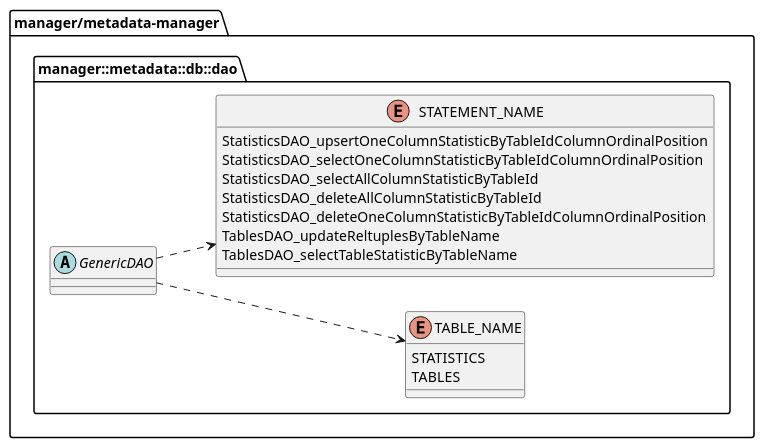
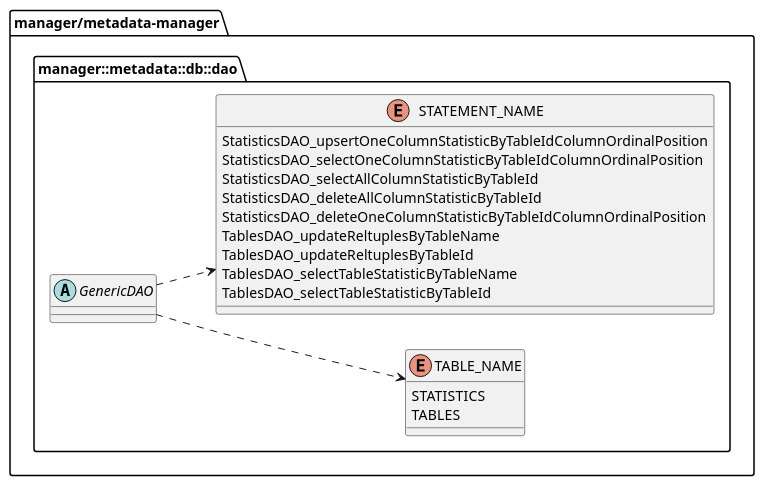
Before and after one commit to project-tsurugi/metadata-manager: the seventh of 7 diagrams in metadata-manager/docs/statistic/02.FD/uml/ClassDiagram_detail.pu, drawn with PlantUML. The commit also changed other lines of this file and 10 other files, not shown here.

```diff
--- a/metadata-manager/docs/statistic/02.FD/uml/ClassDiagram_detail.pu
+++ b/metadata-manager/docs/statistic/02.FD/uml/ClassDiagram_detail.pu
@@ -315,34 +321,36 @@
 @startuml ClassDiagram_detail_dao_enum
 left to right direction
 
 package "manager/metadata-manager" {
 
   package manager::metadata::db::dao{
 
     enum TABLE_NAME
     {
 	    STATISTICS
       TABLES
     }
   
     enum STATEMENT_NAME{
       StatisticsDAO_upsertOneColumnStatisticByTableIdColumnOrdinalPosition
       StatisticsDAO_selectOneColumnStatisticByTableIdColumnOrdinalPosition
       StatisticsDAO_selectAllColumnStatisticByTableId
       StatisticsDAO_deleteAllColumnStatisticByTableId
       StatisticsDAO_deleteOneColumnStatisticByTableIdColumnOrdinalPosition
       TablesDAO_updateReltuplesByTableName
+      TablesDAO_updateReltuplesByTableId
       TablesDAO_selectTableStatisticByTableName
+      TablesDAO_selectTableStatisticByTableId
     }
   
     abstract class GenericDAO
     {
     }
   }
   
   GenericDAO ..> TABLE_NAME
   GenericDAO ..> STATEMENT_NAME
   
 }
 
 @enduml
```
